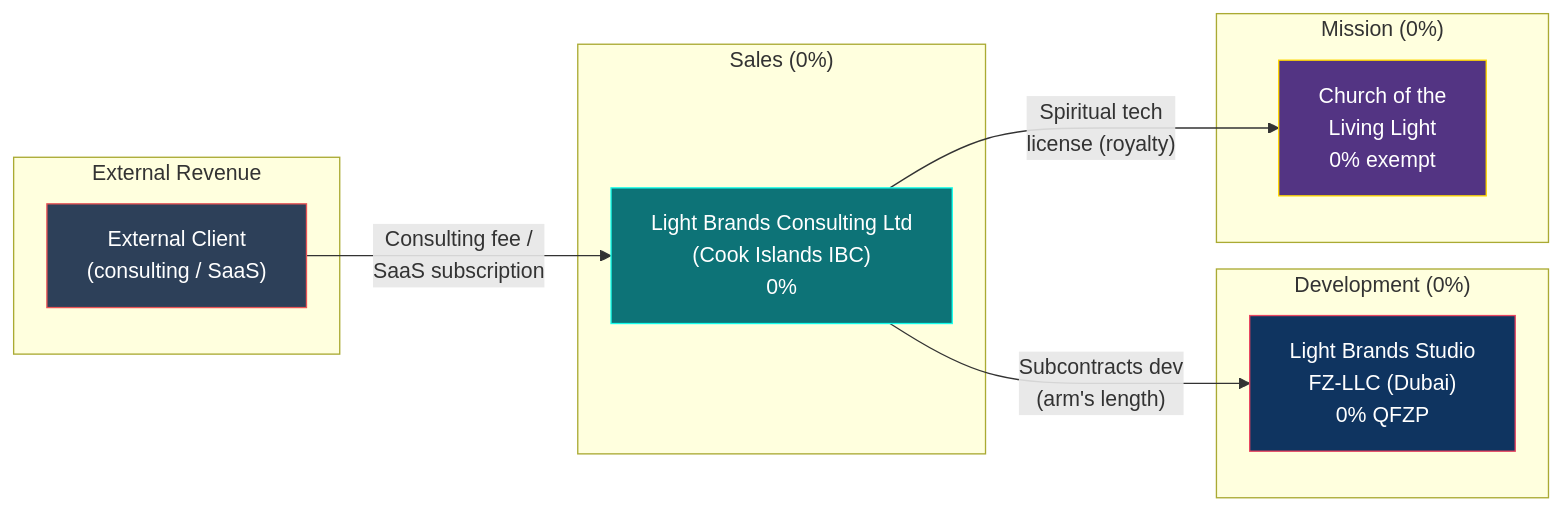
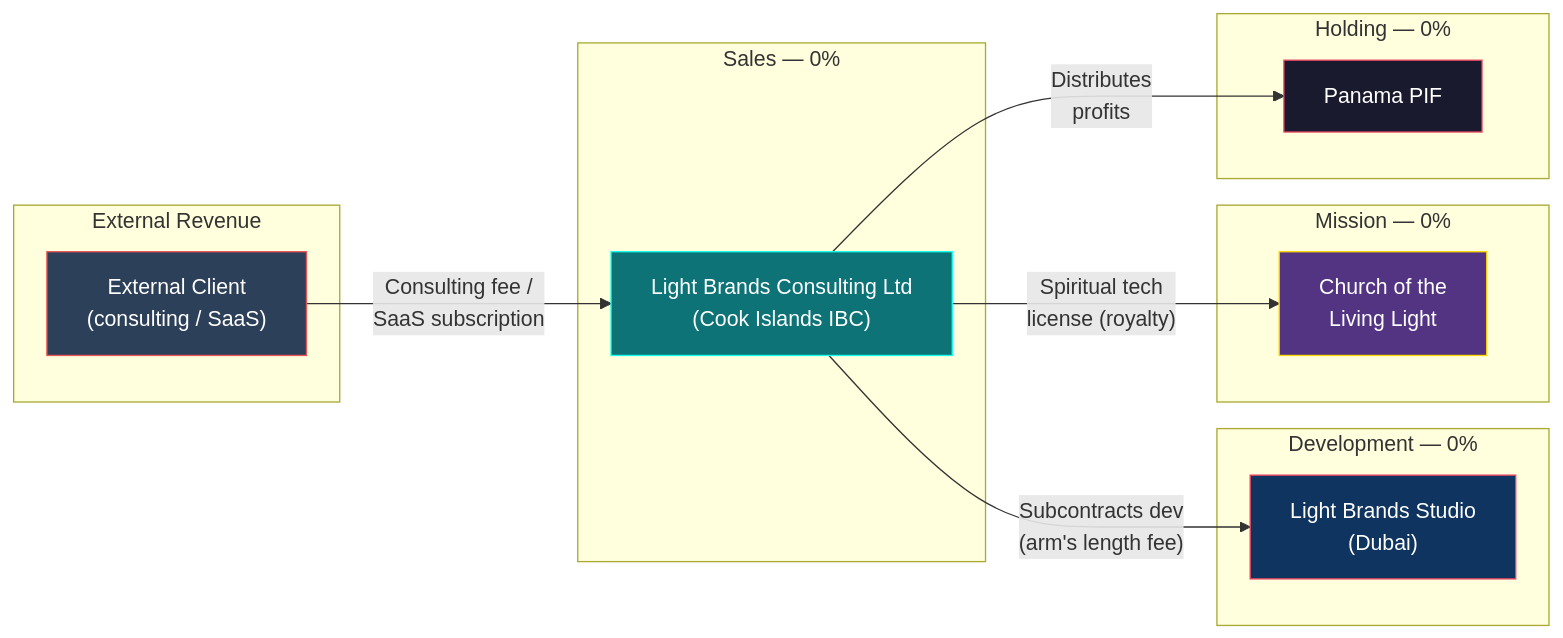
One commit to Light-Brands/epic-center changed the ninth of 15 diagrams in docs/tax-structure/01-MASTER-STRUCTURE.md. Above: the diagram before and after it, drawn with Mermaid. The commit also changed other lines of this file, not shown here.

First line of the commit message:
Visual overhaul of Master Structure doc with progressive reveal architecture

````diff
--- a/docs/tax-structure/01-MASTER-STRUCTURE.md
+++ b/docs/tax-structure/01-MASTER-STRUCTURE.md
@@ -125,27 +227,33 @@
 ```mermaid
 graph LR
     subgraph "External Revenue"
         CLIENT["External Client<br/>(consulting / SaaS)"]
     end
 
-    subgraph "Sales (0%)"
-        CI["Light Brands Consulting Ltd<br/>(Cook Islands IBC)<br/>0%"]
+    subgraph "Sales — 0%"
+        CI["Light Brands Consulting Ltd<br/>(Cook Islands IBC)"]
     end
 
-    subgraph "Development (0%)"
-        UAE2["Light Brands Studio<br/>FZ-LLC (Dubai)<br/>0% QFZP"]
+    subgraph "Development — 0%"
+        UAE2["Light Brands Studio<br/>(Dubai)"]
     end
 
-    subgraph "Mission (0%)"
-        CHURCH2["Church of the<br/>Living Light<br/>0% exempt"]
+    subgraph "Mission — 0%"
+        CHURCH2["Church of the<br/>Living Light"]
+    end
+
+    subgraph "Holding — 0%"
+        PIF["Panama PIF"]
     end
 
     CLIENT -->|"Consulting fee /<br/>SaaS subscription"| CI
-    CI -->|"Subcontracts dev<br/>(arm's length)"| UAE2
+    CI -->|"Subcontracts dev<br/>(arm's length fee)"| UAE2
     CI -->|"Spiritual tech<br/>license (royalty)"| CHURCH2
+    CI -->|"Distributes<br/>profits"| PIF
 
     style CLIENT fill:#2d4059,stroke:#ea5455,color:#fff
     style CI fill:#0d7377,stroke:#14ffec,color:#fff
     style UAE2 fill:#0f3460,stroke:#e94560,color:#fff
     style CHURCH2 fill:#533483,stroke:#ffd700,color:#fff
+    style PIF fill:#1a1a2e,stroke:#e94560,color:#fff
 ```
````
